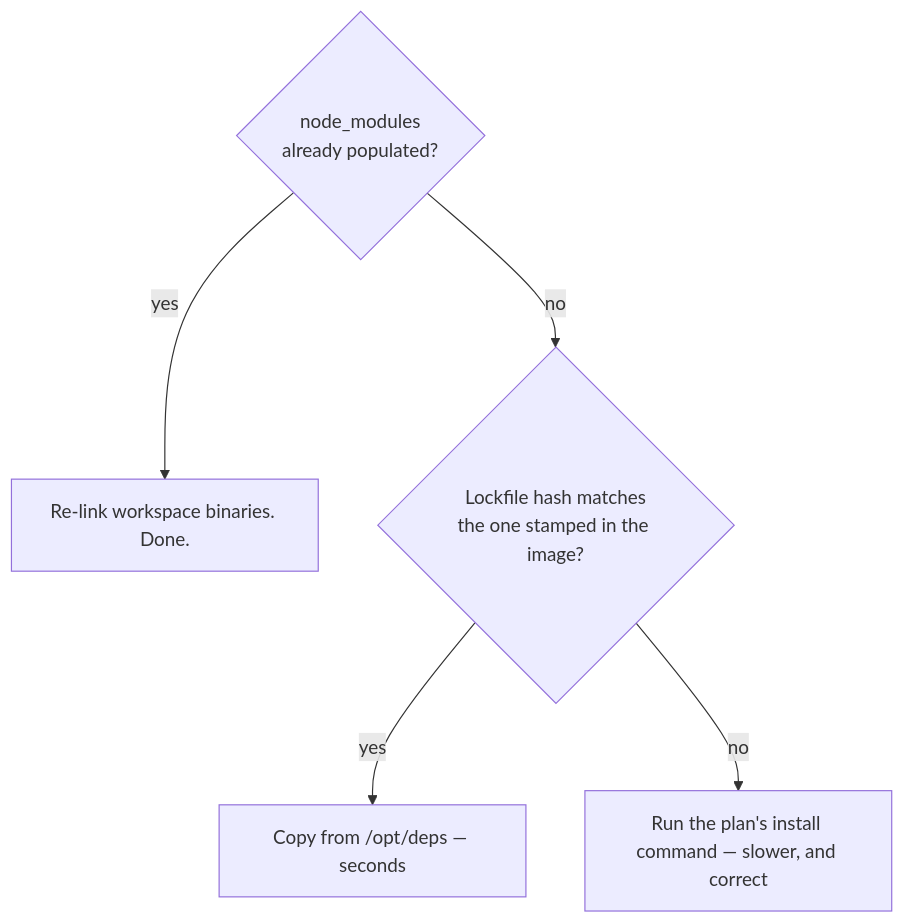
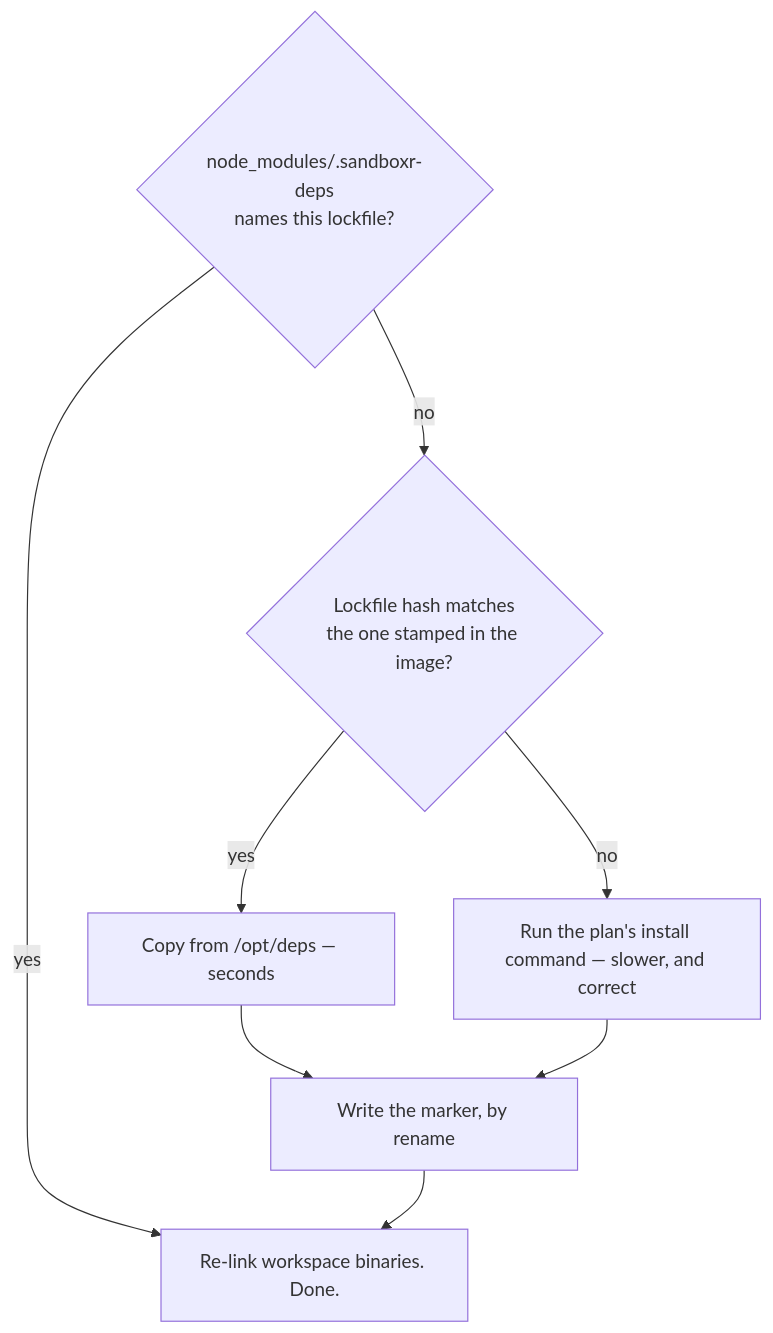
Before and after one commit to mattmoran56/sandboxer-core: the second of 2 diagrams in docs/architecture/startup.md, drawn with Mermaid. The commit also changed other lines of this file and 19 other files, not shown here.

````diff
--- a/docs/architecture/startup.md
+++ b/docs/architecture/startup.md
@@ -147,12 +147,16 @@
 ```mermaid
 flowchart TB
-  a{"node_modules<br/>already populated?"}
+  a{"node_modules/.sandboxr-deps<br/>names this lockfile?"}
   b["Re-link workspace binaries. Done."]
   c{"Lockfile hash matches<br/>the one stamped in the image?"}
   d["Copy from /opt/deps — seconds"]
   e["Run the plan's install command — slower, and correct"]
+  f["Write the marker, by rename"]
   a -->|yes| b
   a -->|no| c
   c -->|yes| d
   c -->|no| e
+  d --> f
+  e --> f
+  f --> b
 ```
````
